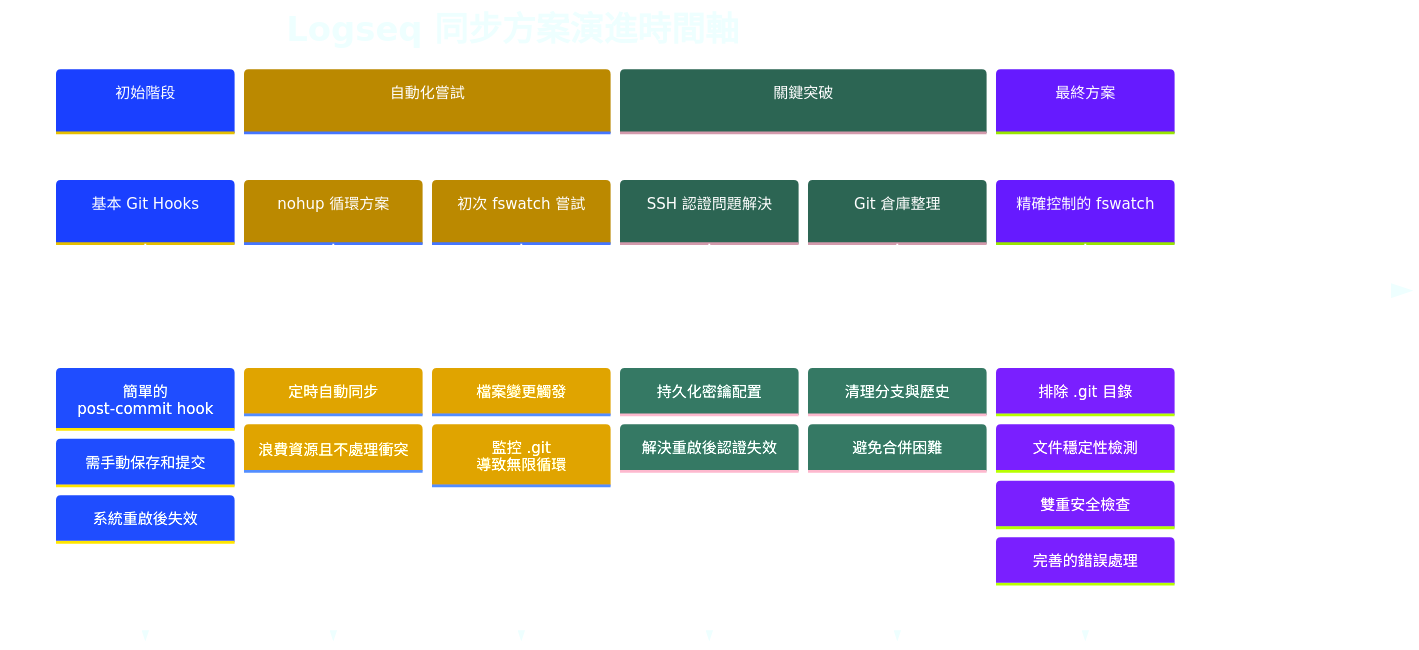
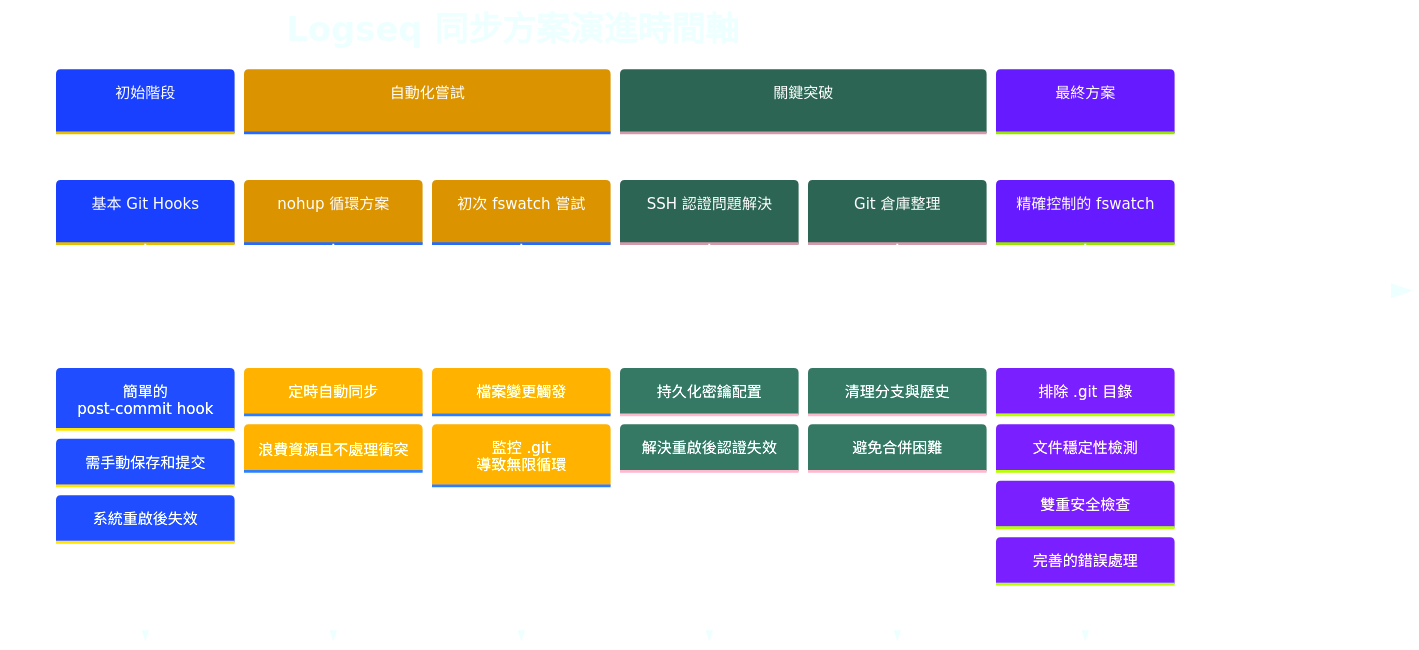
One commit to GengGeng026/Sync-Logseq changed the first of 2 diagrams in Logseq同步方案演進記錄.md. Above: the diagram before and after it, drawn with Mermaid.

Commit message:
Auto-sync: Wed Mar 26 08:43:33 +08 2025

````diff
--- a/Logseq同步方案演進記錄.md
+++ b/Logseq同步方案演進記錄.md
@@ -27,45 +27,45 @@
 ```mermaid
 %%{init: {
   'theme': 'base', 
   'themeVariables': {
     'primaryColor': '#99AAFF',
-    'secondaryColor': '#FFCB3B',
+    'secondaryColor': '#FFCA5B',
     'tertiaryColor': '#59B79A',
     'quaternaryColor': '#F07178',
     'primaryTextColor': '#FFFFFF',
     'primaryBorderColor': '#59B79A',
     'lineColor': '#C792EA',
     'background': 'transparent',
     'textColor': '#EEFFFF',
     'nodeBorder': '#59B79A',
     'clusterBkg': 'transparent',
     'titleColor': '#EEFFFF',
     'sectionBkgColor': '#273747',
     'sectionBkgColor2': '#334455',
     'sectionBkgColor3': '#3A4A5A',
     'sectionBkgColor4': '#42546A',
     'sectionBkgColor5': '#4B5E78'
   }
 }}%%
 timeline
     title Logseq 同步方案演進時間軸
     section 初始階段
         基本 Git Hooks : 簡單的 post-commit hook
         : 需手動保存和提交
         : 系統重啟後失效
     section 自動化嘗試
         nohup 循環方案 : 定時自動同步
         : 浪費資源且不處理衝突
         初次 fswatch 嘗試 : 檔案變更觸發
         : 監控 .git 導致無限循環
     section 關鍵突破
         SSH 認證問題解決 : 持久化密鑰配置
         : 解決重啟後認證失效
         Git 倉庫整理 : 清理分支與歷史
         : 避免合併困難
     section 最終方案
         精確控制的 fswatch : 排除 .git 目錄
         : 文件穩定性檢測
         : 雙重安全檢查
         : 完善的錯誤處理
 ```
````
